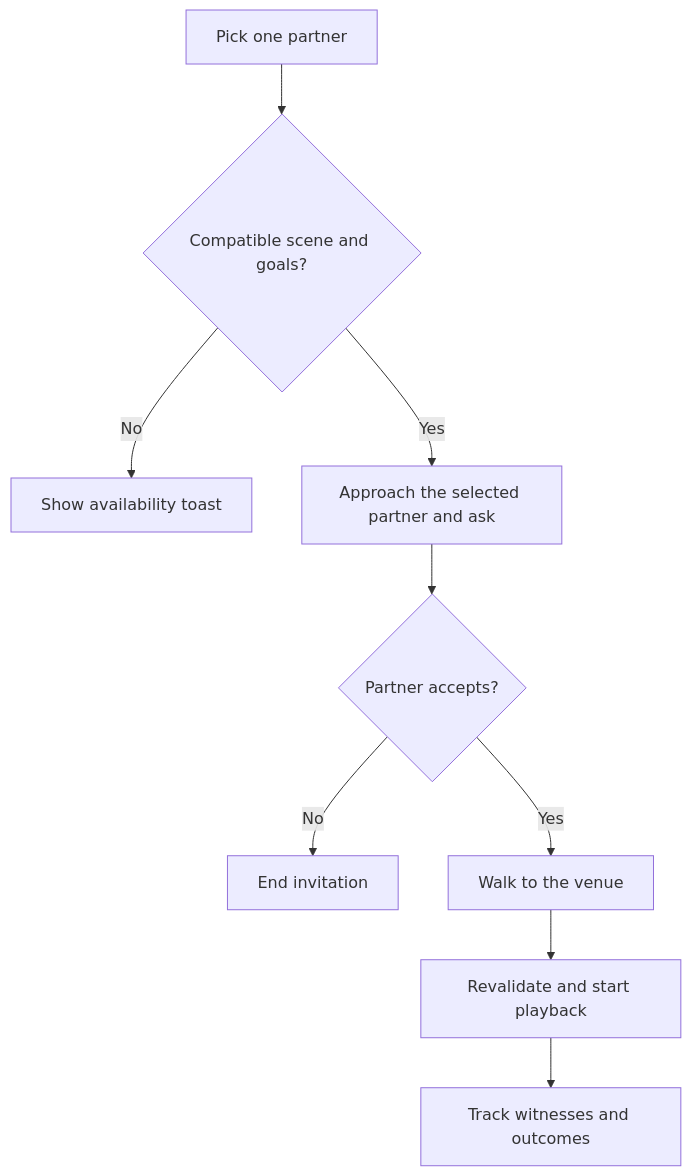
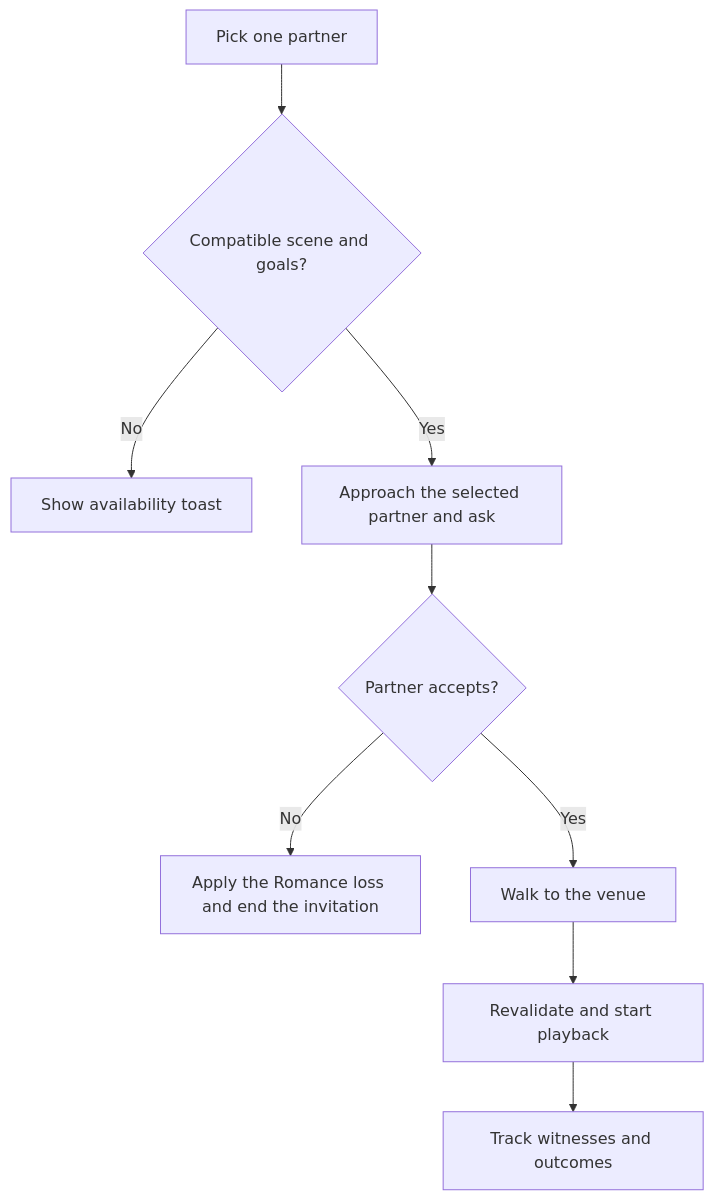
The diagram in docs/encounter-design.md (acepleiades/HZoi-Gameplay), drawn with Mermaid before and after one commit. The commit also changed other lines of this file and 1 other file, not shown here.

````diff
--- a/docs/encounter-design.md
+++ b/docs/encounter-design.md
@@ -15,11 +15,11 @@
 ```mermaid
 flowchart TD
     P["Pick one partner"] --> C{"Compatible scene and goals?"}
     C -->|No| T["Show availability toast"]
     C -->|Yes| I["Approach the selected partner and ask"]
     I --> A{"Partner accepts?"}
-    A -->|No| E["End invitation"]
+    A -->|No| E["Apply the Romance loss and end the invitation"]
     A -->|Yes| W["Walk to the venue"]
     W --> R["Revalidate and start playback"]
     R --> O["Track witnesses and outcomes"]
 ```
````
